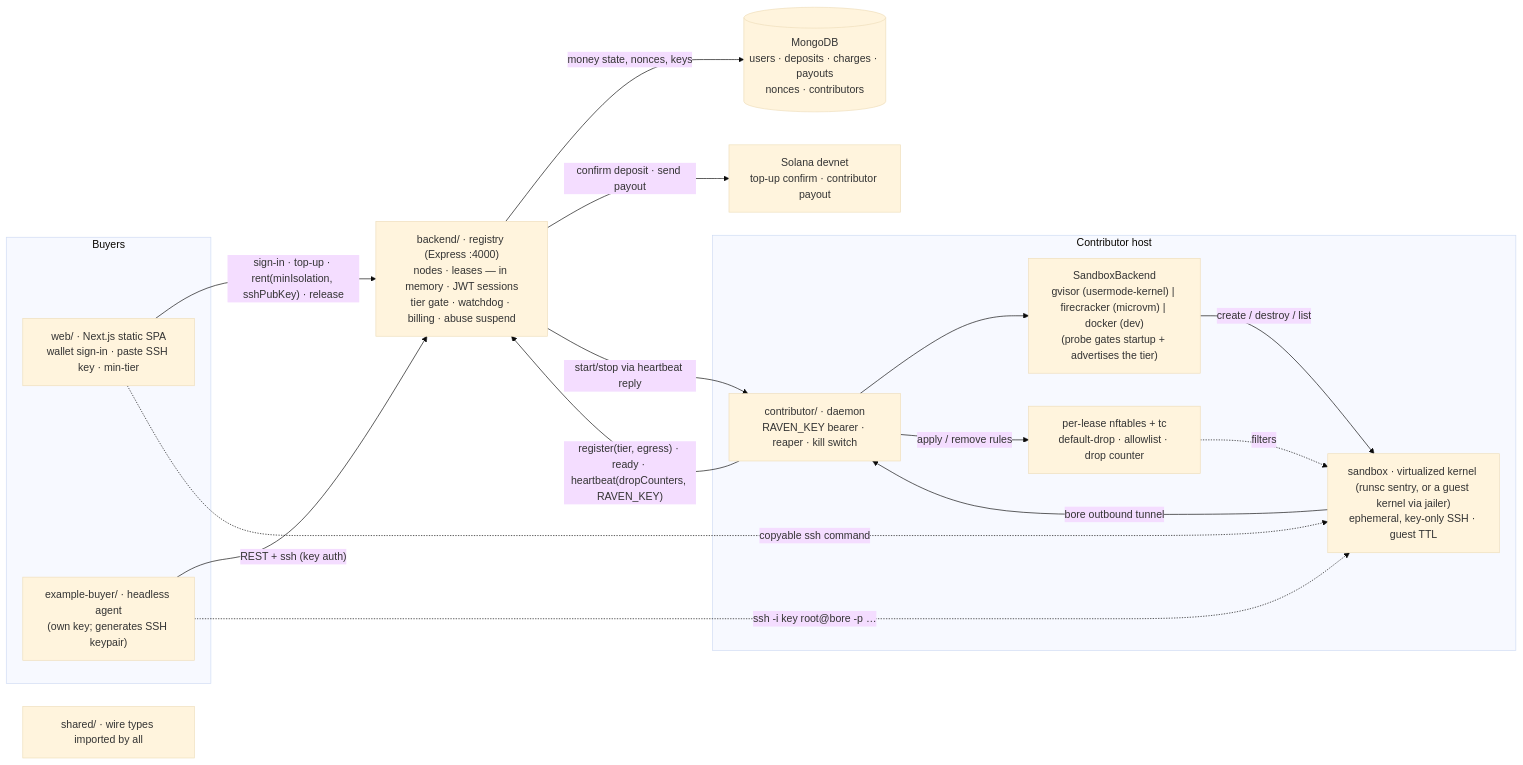
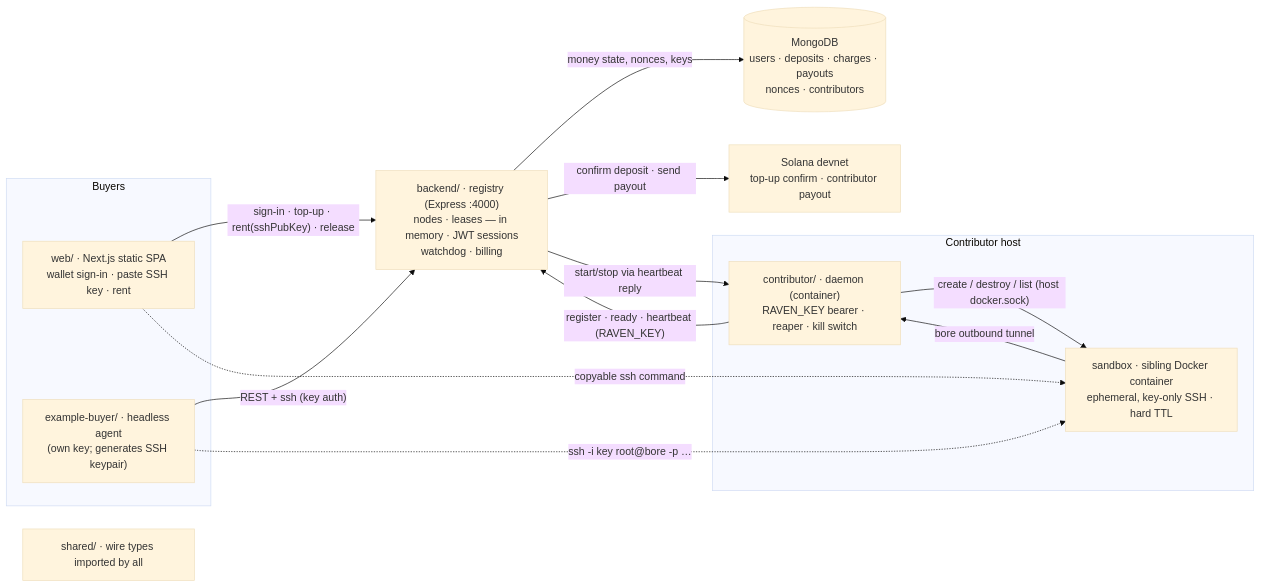
One commit to Koushikmondal06/RAVEN changed the diagram in README.md. Above: the diagram before and after it, drawn with Mermaid (base theme). The commit also changed other lines of this file and 36 other files, not shown here.

Commit message:
docs(README): update architecture to reflect Docker usage

````diff
--- a/README.md
+++ b/README.md
@@ -11,35 +11,30 @@
 ```mermaid
 flowchart LR
     subgraph buyers [Buyers]
-        web["web/ · Next.js static SPA<br/>wallet sign-in · paste SSH key · min-tier"]
+        web["web/ · Next.js static SPA<br/>wallet sign-in · paste SSH key · rent"]
         agent["example-buyer/ · headless agent<br/>(own key; generates SSH keypair)"]
     end
 
-    registry["backend/ · registry (Express :4000)<br/>nodes · leases — in memory · JWT sessions<br/>tier gate · watchdog · billing · abuse suspend"]
+    registry["backend/ · registry (Express :4000)<br/>nodes · leases — in memory · JWT sessions<br/>watchdog · billing"]
 
     subgraph contribs [Contributor host]
-        contributor["contributor/ · daemon<br/>RAVEN_KEY bearer · reaper · kill switch"]
-        backendsel["SandboxBackend<br/>gvisor (usermode-kernel) | firecracker (microvm) | docker (dev)<br/>(probe gates startup + advertises the tier)"]
-        sandbox["sandbox · virtualized kernel (runsc sentry, or a guest kernel via jailer)<br/>ephemeral, key-only SSH · guest TTL"]
-        egress["per-lease nftables + tc<br/>default-drop · allowlist · drop counter"]
+        contributor["contributor/ · daemon (container)<br/>RAVEN_KEY bearer · reaper · kill switch"]
+        sandbox["sandbox · sibling Docker container<br/>ephemeral, key-only SSH · hard TTL"]
     end
 
     mongo[("MongoDB<br/>users · deposits · charges · payouts<br/>nonces · contributors")]
     solana["Solana devnet<br/>top-up confirm · contributor payout"]
 
-    web -- "sign-in · top-up · rent(minIsolation, sshPubKey) · release" --> registry
+    web -- "sign-in · top-up · rent(sshPubKey) · release" --> registry
     agent -- "REST + ssh (key auth)" --> registry
     registry -- "money state, nonces, keys" --> mongo
     registry -- "confirm deposit · send payout" --> solana
     registry -- "start/stop via heartbeat reply" --> contributor
-    contributor -- "register(tier, egress) · ready · heartbeat(dropCounters, RAVEN_KEY)" --> registry
-    contributor --> backendsel
-    backendsel -- "create / destroy / list" --> sandbox
-    contributor -- "apply / remove rules" --> egress
-    egress -. "filters" .-> sandbox
+    contributor -- "register · ready · heartbeat (RAVEN_KEY)" --> registry
+    contributor -- "create / destroy / list (host docker.sock)" --> sandbox
     sandbox -- "bore outbound tunnel" --> contributor
     agent -. "ssh -i key root@bore -p …" .-> sandbox
     web -. "copyable ssh command" .-> sandbox
 
     shared["shared/ · wire types imported by all"]
 ```
````
